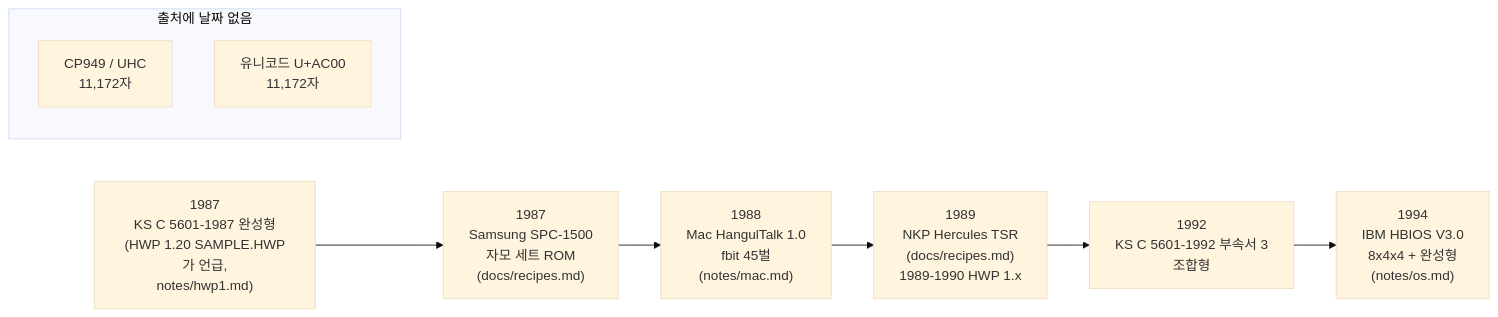
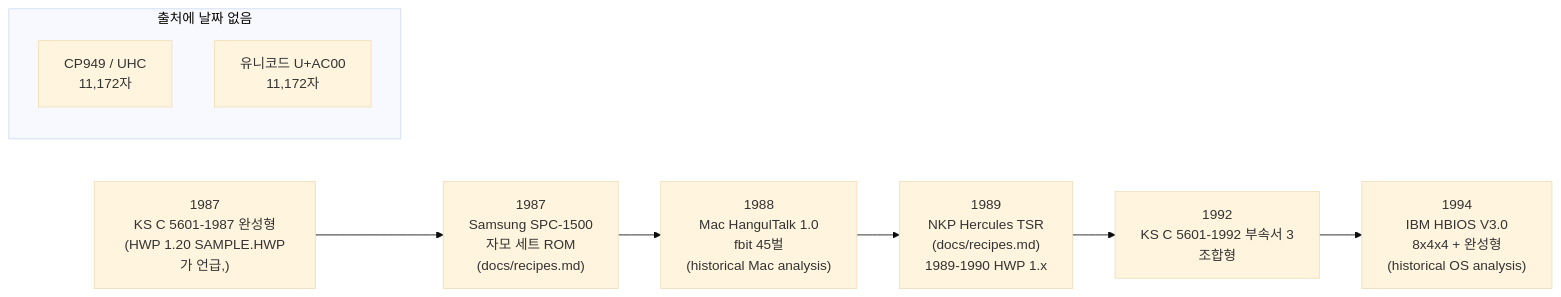
One commit to TaehyunKimLL/svf-fonts-open changed the sixth of 27 diagrams in docs/jamo-sets.ko.md. Above: the diagram before and after it, drawn with Mermaid (base theme). The commit also changed other lines of this file and 7 other files, not shown here.

````diff
--- a/docs/jamo-sets.ko.md
+++ b/docs/jamo-sets.ko.md
@@ -208,14 +203,14 @@
 ```mermaid
 flowchart LR
-  A["1987<br/>KS C 5601-1987 완성형<br/>(HWP 1.20 SAMPLE.HWP가 언급,<br/>notes/hwp1.md)"]
+  A["1987<br/>KS C 5601-1987 완성형<br/>(HWP 1.20 SAMPLE.HWP가 언급,)"]
   B["1987<br/>Samsung SPC-1500<br/>자모 세트 ROM<br/>(docs/recipes.md)"]
-  C["1988<br/>Mac HangulTalk 1.0<br/>fbit 45벌<br/>(notes/mac.md)"]
+  C["1988<br/>Mac HangulTalk 1.0<br/>fbit 45벌<br/>(historical Mac analysis)"]
   D["1989<br/>NKP Hercules TSR<br/>(docs/recipes.md)<br/>1989-1990 HWP 1.x"]
   E["1992<br/>KS C 5601-1992 부속서 3<br/>조합형"]
-  F["1994<br/>IBM HBIOS V3.0<br/>8x4x4 + 완성형<br/>(notes/os.md)"]
+  F["1994<br/>IBM HBIOS V3.0<br/>8x4x4 + 완성형<br/>(historical OS analysis)"]
   A --> B --> C --> D --> E --> F
   subgraph N["출처에 날짜 없음"]
     G["CP949 / UHC<br/>11,172자"]
     H["유니코드 U+AC00<br/>11,172자"]
   end
 ```
````
